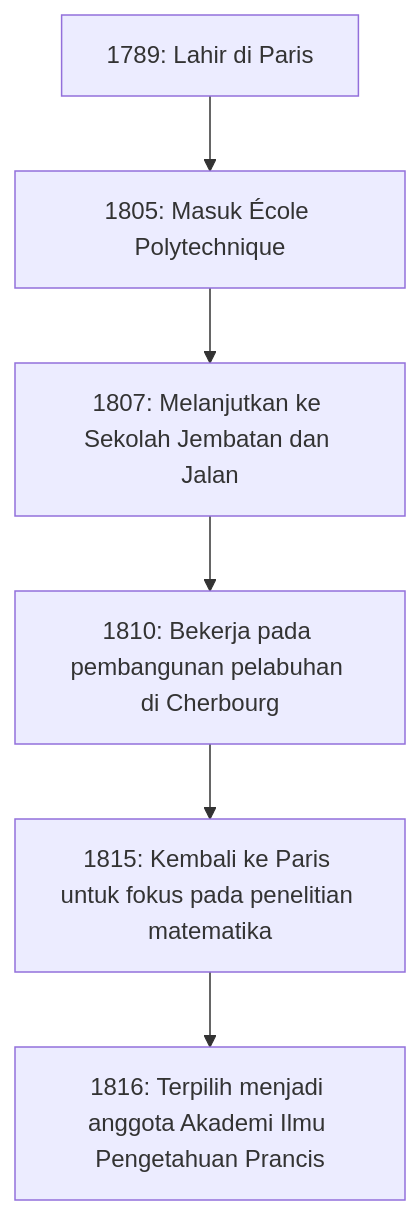
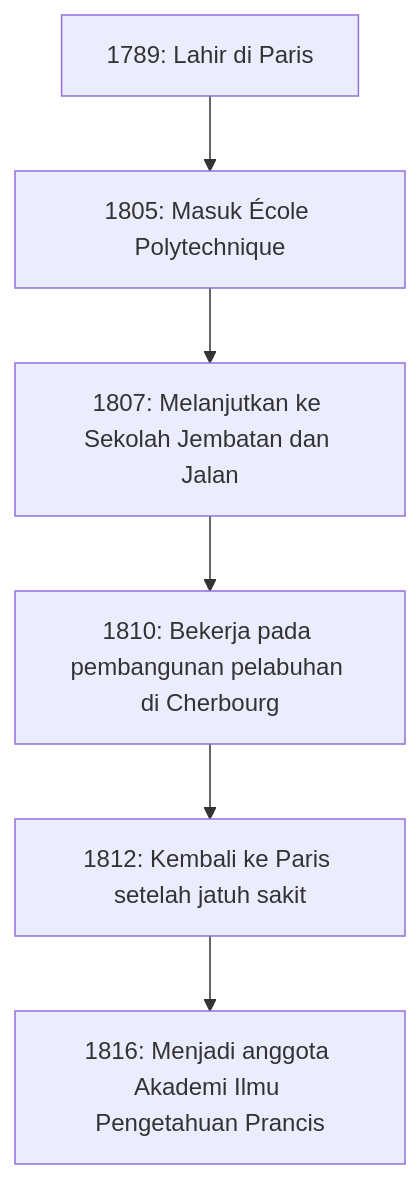
Before and after one commit to kenjinote/blog: the diagram in content/post/cauchy/index.id.md, drawn with Mermaid. The commit also changed other lines of this file and 14 other files, not shown here.

````diff
--- a/content/post/cauchy/index.id.md
+++ b/content/post/cauchy/index.id.md
@@ -30,8 +30,8 @@
 ```mermaid
 flowchart TD
     A["1789: Lahir di Paris"] --> B["1805: Masuk École Polytechnique"]
     B --> C["1807: Melanjutkan ke Sekolah Jembatan dan Jalan"]
     C --> D["1810: Bekerja pada pembangunan pelabuhan di Cherbourg"]
-    D --> E["1815: Kembali ke Paris untuk fokus pada penelitian matematika"]
-    E --> F["1816: Terpilih menjadi anggota Akademi Ilmu Pengetahuan Prancis"]
+    D --> E["1812: Kembali ke Paris setelah jatuh sakit"]
+    E --> F["1816: Menjadi anggota Akademi Ilmu Pengetahuan Prancis"]
 ```
````
